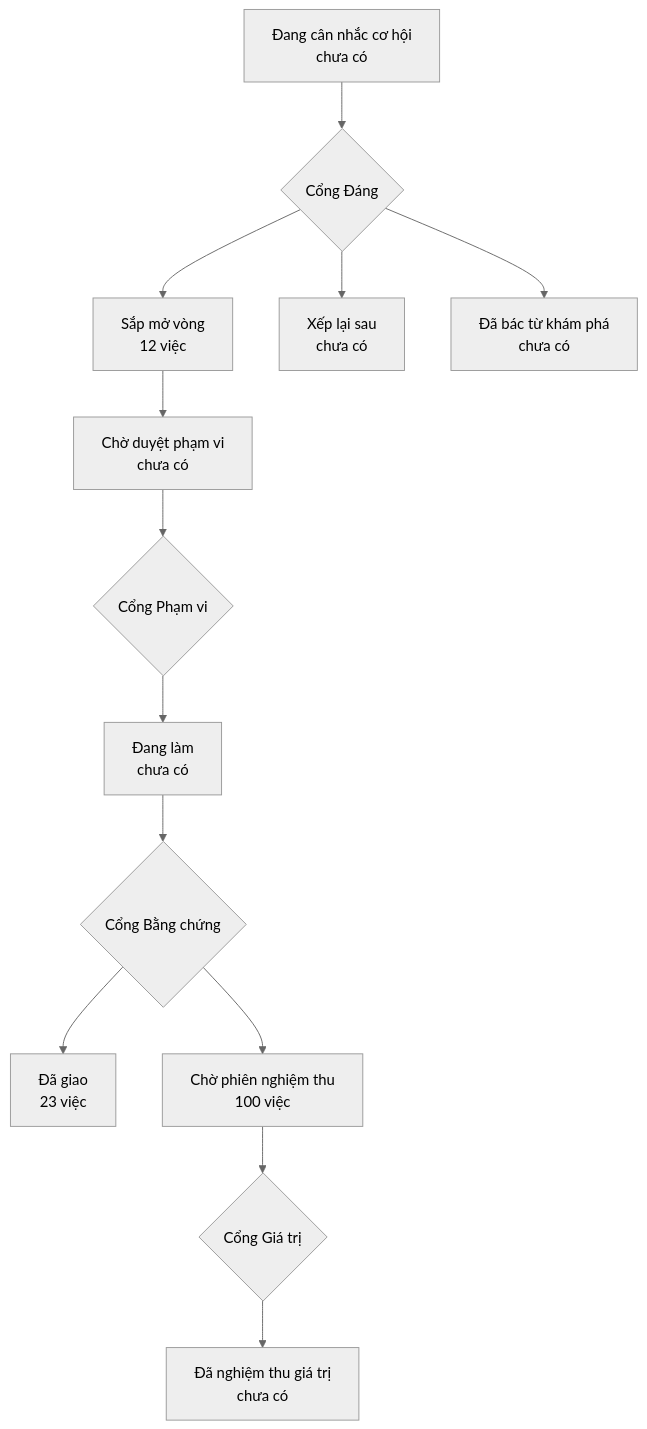
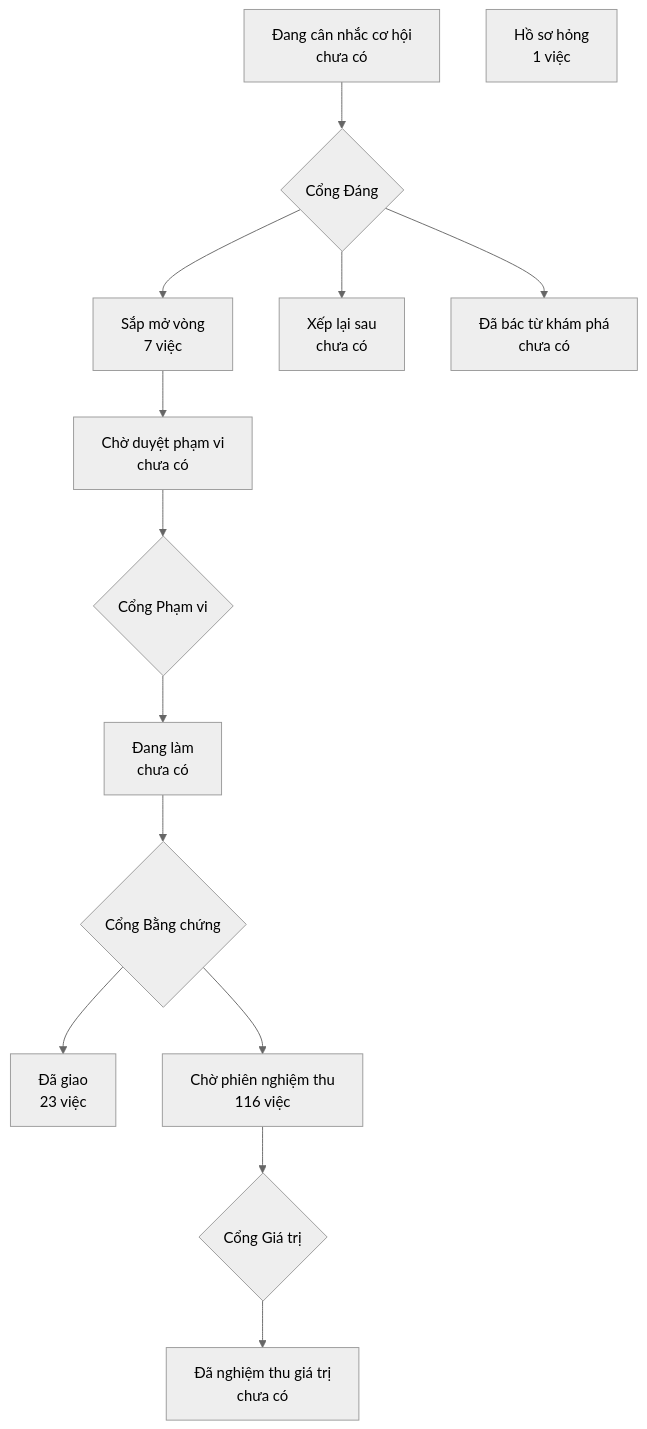
The diagram in PRODUCT-MAP.md (phanlemanh/onehub-quy-hang), drawn with Mermaid (neutral theme) before and after one commit. The commit also changed other lines of this file and 1 other file, not shown here.

````diff
--- a/PRODUCT-MAP.md
+++ b/PRODUCT-MAP.md
@@ -7,12 +7,13 @@
 ```mermaid
 flowchart TD
   A["Đang cân nhắc cơ hội<br/>chưa có"] --> GD{"Cổng Đáng"}
-  GD --> B["Sắp mở vòng<br/>12 việc"]
+  GD --> B["Sắp mở vòng<br/>7 việc"]
   GD --> XL["Xếp lại sau<br/>chưa có"]
   GD --> DB["Đã bác từ khám phá<br/>chưa có"]
   B --> CD["Chờ duyệt phạm vi<br/>chưa có"] --> GP{"Cổng Phạm vi"}
   GP --> DL["Đang làm<br/>chưa có"] --> GB{"Cổng Bằng chứng"}
   GB --> DG["Đã giao<br/>23 việc"]
-  GB --> CN["Chờ phiên nghiệm thu<br/>100 việc"] --> GG{"Cổng Giá trị"}
+  GB --> CN["Chờ phiên nghiệm thu<br/>116 việc"] --> GG{"Cổng Giá trị"}
   GG --> NT["Đã nghiệm thu giá trị<br/>chưa có"]
+  HS["Hồ sơ hỏng<br/>1 việc"]
 ```
````
